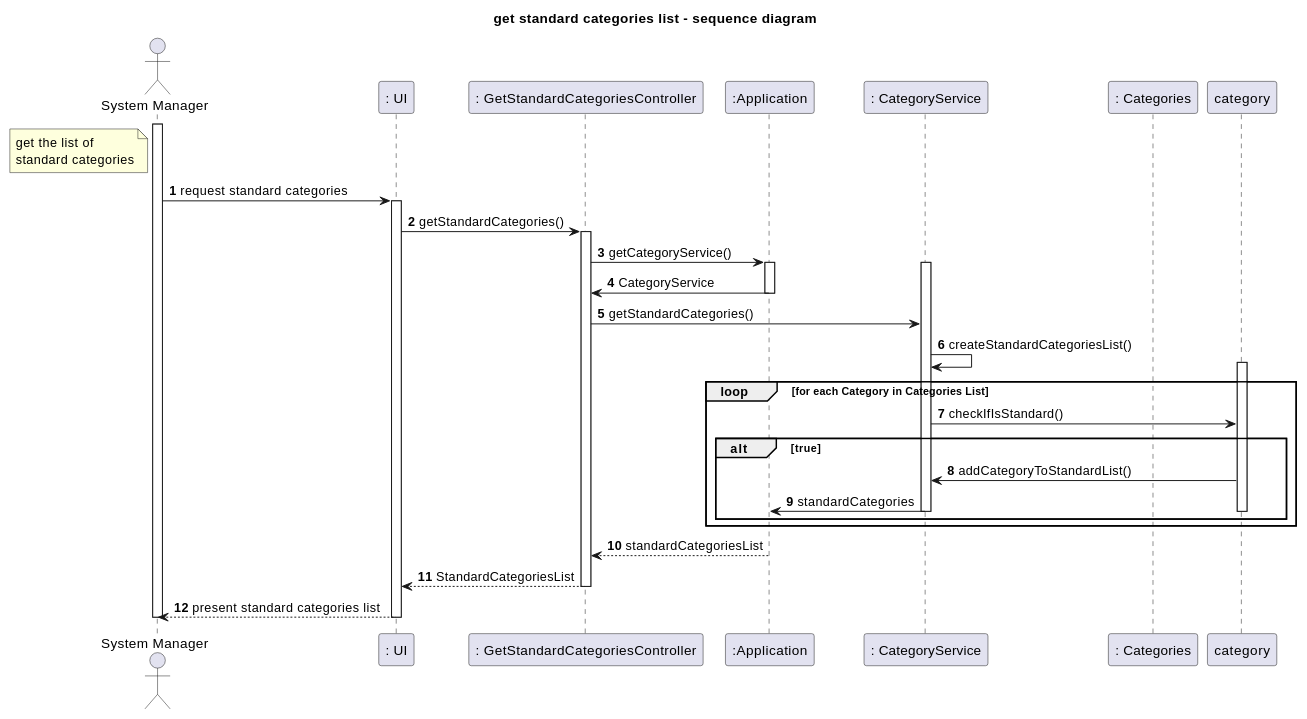
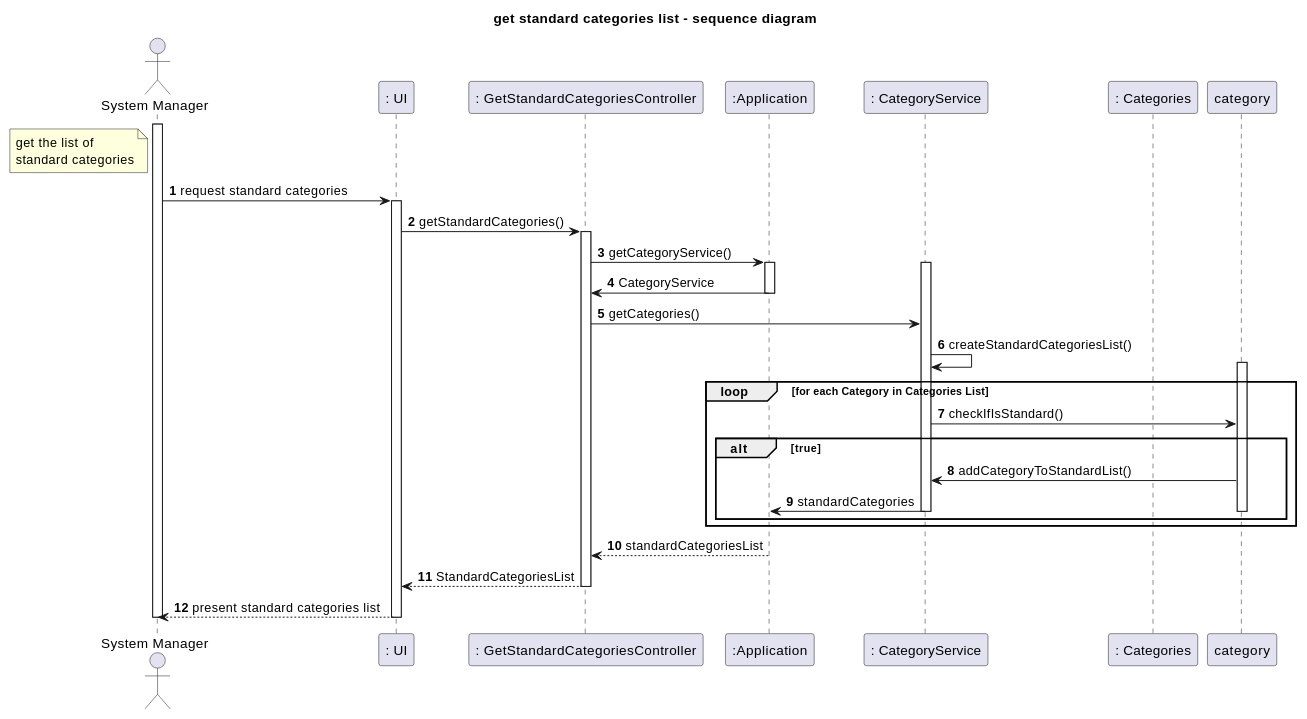
Before and after one commit to tomas-osswald/switch_2020_g3: the second of 2 diagrams in docs/US002GetStandardCategories.md, drawn with PlantUML. The commit also changed other lines of this file and 8 other files, not shown here.

`````diff
--- a/docs/US002GetStandardCategories.md
+++ b/docs/US002GetStandardCategories.md
@@ -63,42 +63,42 @@
 ````puml
 autonumber
 title get standard categories list - sequence diagram
 actor "System Manager" as systemManager
 participant ": UI" as ui
 participant ": GetStandardCategoriesController" as controller
 participant ":Application" as app
 participant ": CategoryService" as service
 participant ": Categories" as list
 note left of systemManager:  get the list of \nstandard categories
 activate systemManager
 systemManager -> ui : request standard categories
 activate ui
 ui -> controller : getStandardCategories()
 activate controller
 controller -> app : getCategoryService()
 activate app
 activate service
 app -> controller : CategoryService
 deactivate app
-controller -> service : getStandardCategories()
+controller -> service : getCategories()
 service -> service : createStandardCategoriesList()
 activate category
 loop for each Category in Categories List
 service -> category : checkIfIsStandard()
 alt true
 category -> service : addCategoryToStandardList()
 service -> app : standardCategories
 deactivate service
 deactivate category
 end
 end
 
 app --> controller : standardCategoriesList
 deactivate app
 controller --> ui :StandardCategoriesList
 deactivate controller
 ui --> systemManager : present standard categories list
 deactivate ui
 deactivate systemManager
 @enduml
 ````
`````
